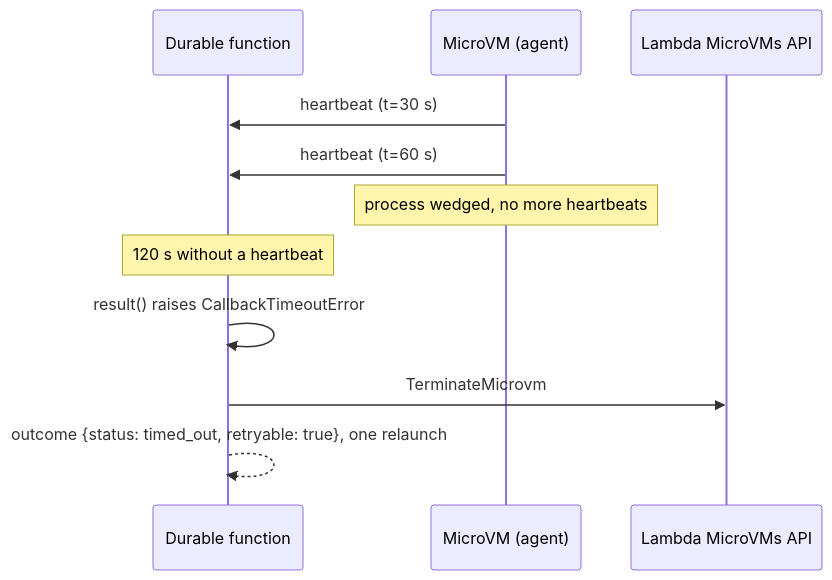
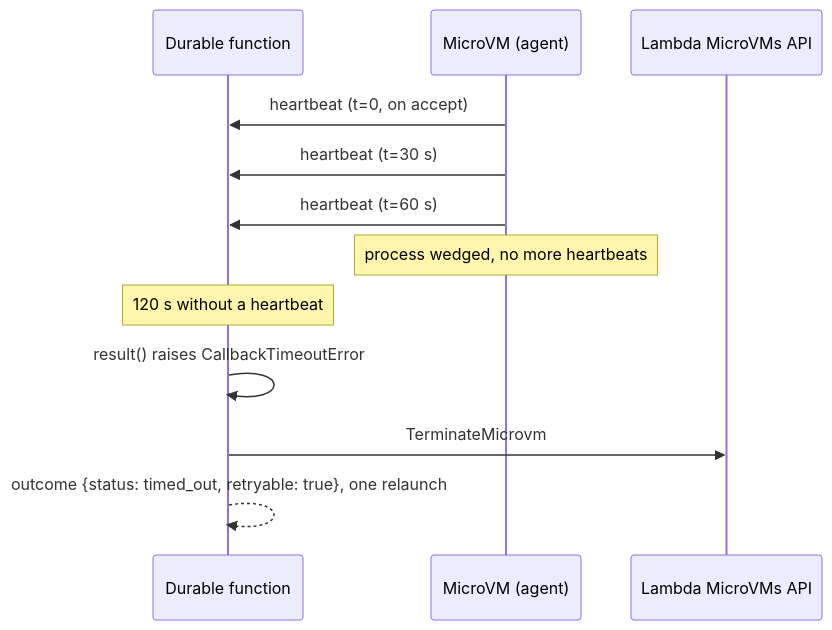
Before and after one commit to Vivek0712/awesome-microvm: the second of 2 diagrams in blog/deep-dives/09-durable-handoff.md, drawn with Mermaid. The commit also changed other lines of this file and 9 other files, not shown here.

````diff
--- a/blog/deep-dives/09-durable-handoff.md
+++ b/blog/deep-dives/09-durable-handoff.md
@@ -133,13 +133,14 @@
 ```mermaid
 sequenceDiagram
     participant O as Durable function
     participant V as MicroVM (agent)
     participant L as Lambda MicroVMs API
+    V->>O: heartbeat (t=0, on accept)
     V->>O: heartbeat (t=30 s)
     V->>O: heartbeat (t=60 s)
     Note over V: process wedged, no more heartbeats
     Note over O: 120 s without a heartbeat
     O->>O: result() raises CallbackTimeoutError
     O->>L: TerminateMicrovm
     O-->>O: outcome {status: timed_out, retryable: true}, one relaunch
 ```
````
